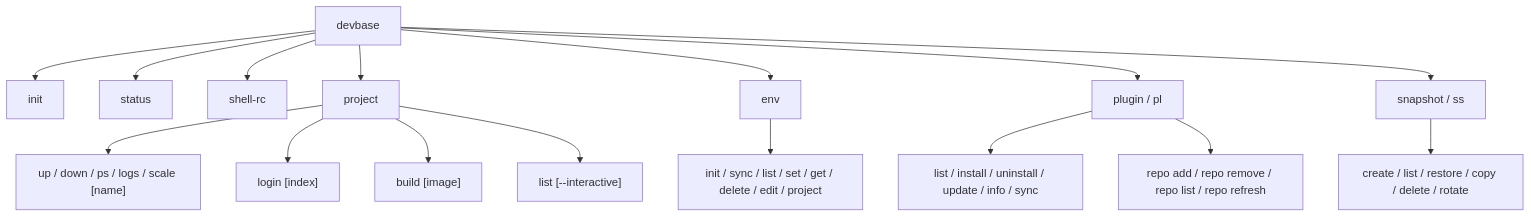
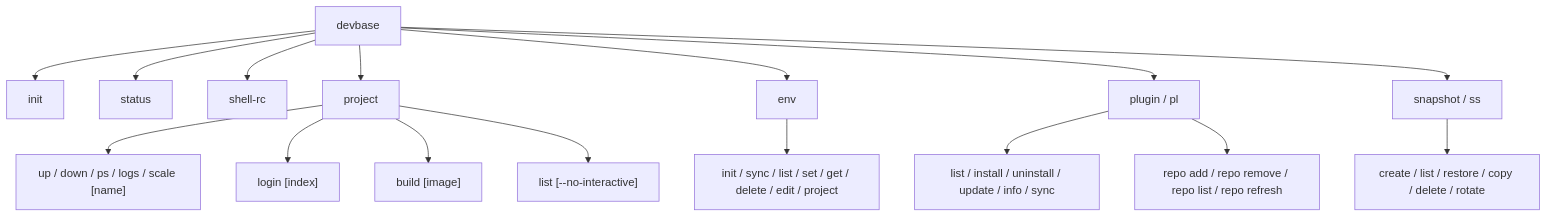
The diagram in docs/user/cli-reference.md (devbasex/devbase), drawn with Mermaid before and after one commit. The commit also changed other lines of this file and 8 other files, not shown here.

````diff
--- a/docs/user/cli-reference.md
+++ b/docs/user/cli-reference.md
@@ -9,18 +9,18 @@
 ```mermaid
 graph TD
     A[devbase] --> B[init]
     A --> C[status]
     A --> H[shell-rc]
     A --> D[project]
     A --> E[env]
     A --> F[plugin / pl]
     A --> G[snapshot / ss]
     D --> D1["up / down / ps / logs / scale [name]"]
     D --> D3["login [index]"]
     D --> D4["build [image]"]
-    D --> D2["list [--interactive]"]
+    D --> D2["list [--no-interactive]"]
     E --> E1[init / sync / list / set / get / delete / edit / project]
     F --> F1[list / install / uninstall / update / info / sync]
     F --> F2[repo add / repo remove / repo list / repo refresh]
     G --> G1[create / list / restore / copy / delete / rotate]
 ```
````
